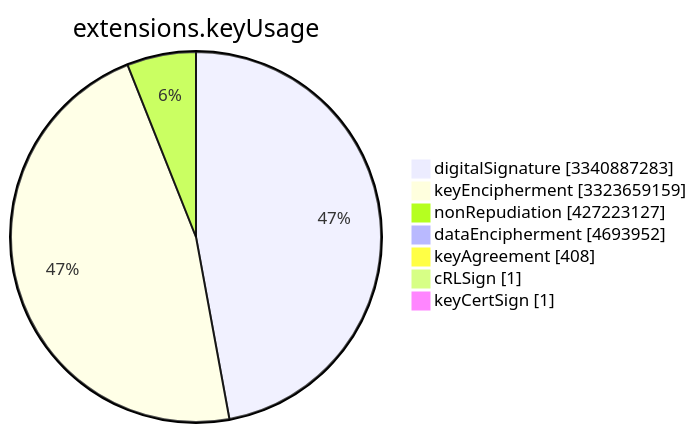
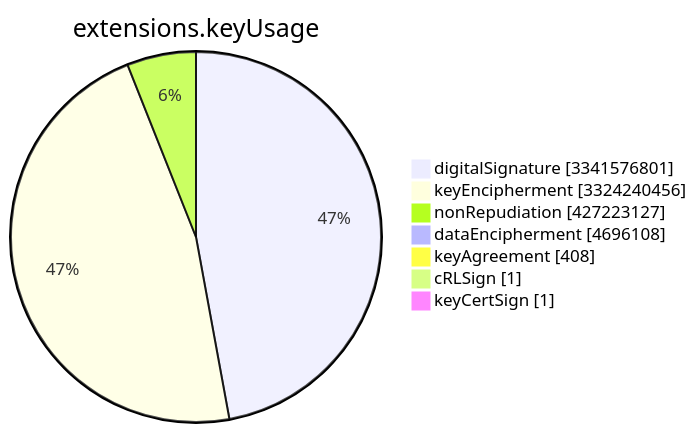
The sixth of 15 diagrams in TOTAL/README.md (christiankrug/ctmonitor_visualization), drawn with Mermaid before and after one commit. The commit also changed other lines of this file, not shown here.

````diff
--- a/TOTAL/README.md
+++ b/TOTAL/README.md
@@ -3078,11 +3078,11 @@
 ```mermaid
 pie showData
 title extensions.keyUsage
-"digitalSignature" :3340887283
-"keyEncipherment" :3323659159
+"digitalSignature" :3341576801
+"keyEncipherment" :3324240456
 "nonRepudiation" :427223127
-"dataEncipherment" :4693952
+"dataEncipherment" :4696108
 "keyAgreement" :408
 "cRLSign" :1
 "keyCertSign" :1
 ```
````
